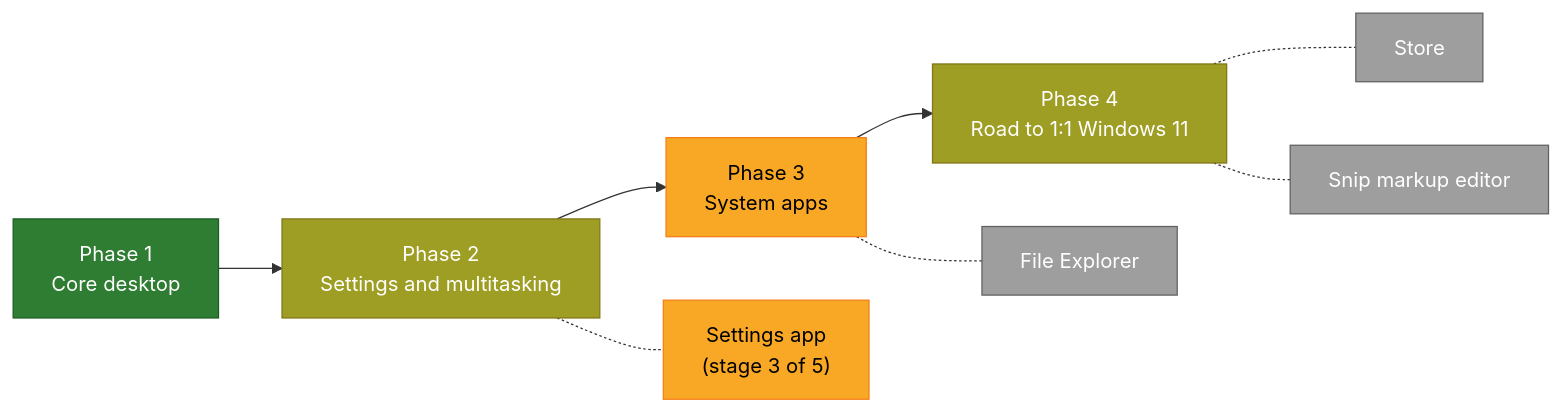
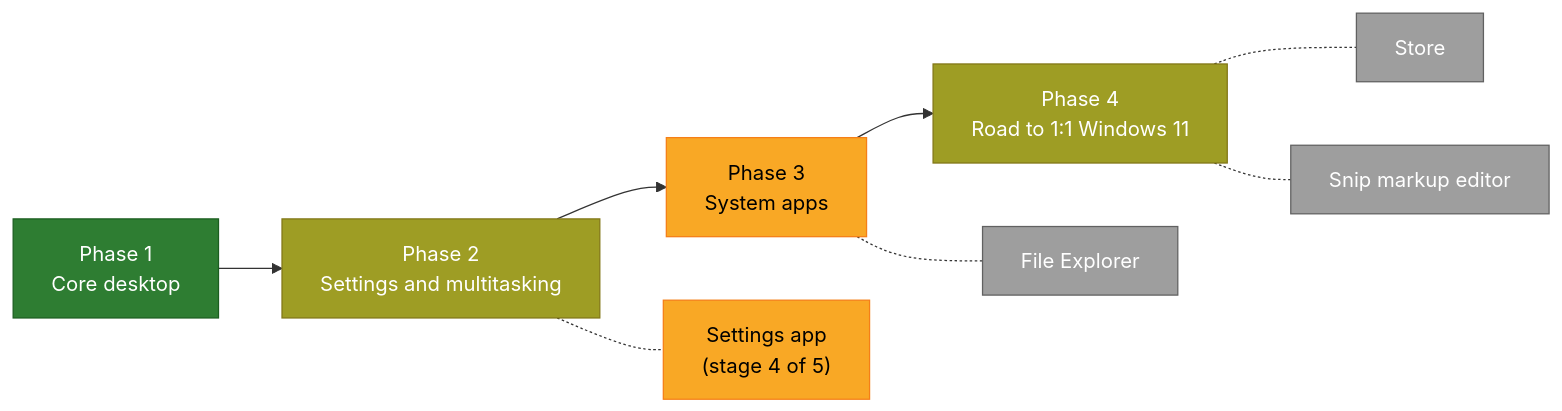
One commit to znraznra/lapin-ux changed the first of 2 diagrams in README.md. Above: the diagram before and after it, drawn with Mermaid. The commit also changed other lines of this file and 19 other files, not shown here.

First line of the commit message:
Settings stage 4: Installed apps, Storage, Clipboard, Lock screen, Sign-in options, Privacy & security, Update in Settings

````diff
--- a/README.md
+++ b/README.md
@@ -70,12 +72,12 @@
 ```mermaid
 flowchart LR
     P1["Phase 1<br/>Core desktop"]:::done --> P2["Phase 2<br/>Settings and multitasking"]:::mostly --> P3["Phase 3<br/>System apps"]:::partly --> P4["Phase 4<br/>Road to 1:1 Windows 11"]:::mostly
-    P2 -.- S["Settings app<br/>(stage 3 of 5)"]:::partly
+    P2 -.- S["Settings app<br/>(stage 4 of 5)"]:::partly
     P3 -.- FE["File Explorer"]:::todo
     P4 -.- ST["Store"]:::todo
     P4 -.- MK["Snip markup editor"]:::todo
     classDef done fill:#2e7d32,color:#fff,stroke:#1b5e20
     classDef mostly fill:#9e9d24,color:#fff,stroke:#827717
     classDef partly fill:#f9a825,color:#000,stroke:#f57f17
     classDef todo fill:#9e9e9e,color:#fff,stroke:#616161
 ```
````
